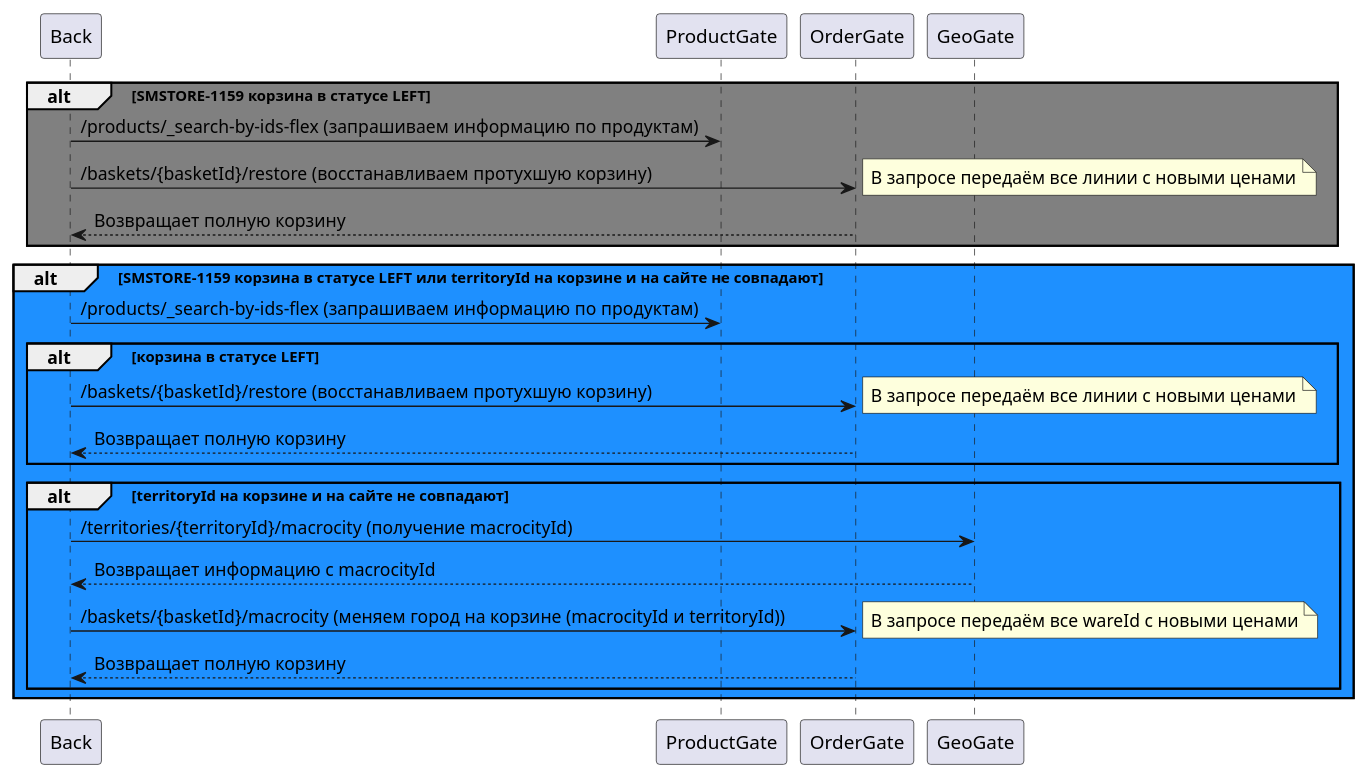
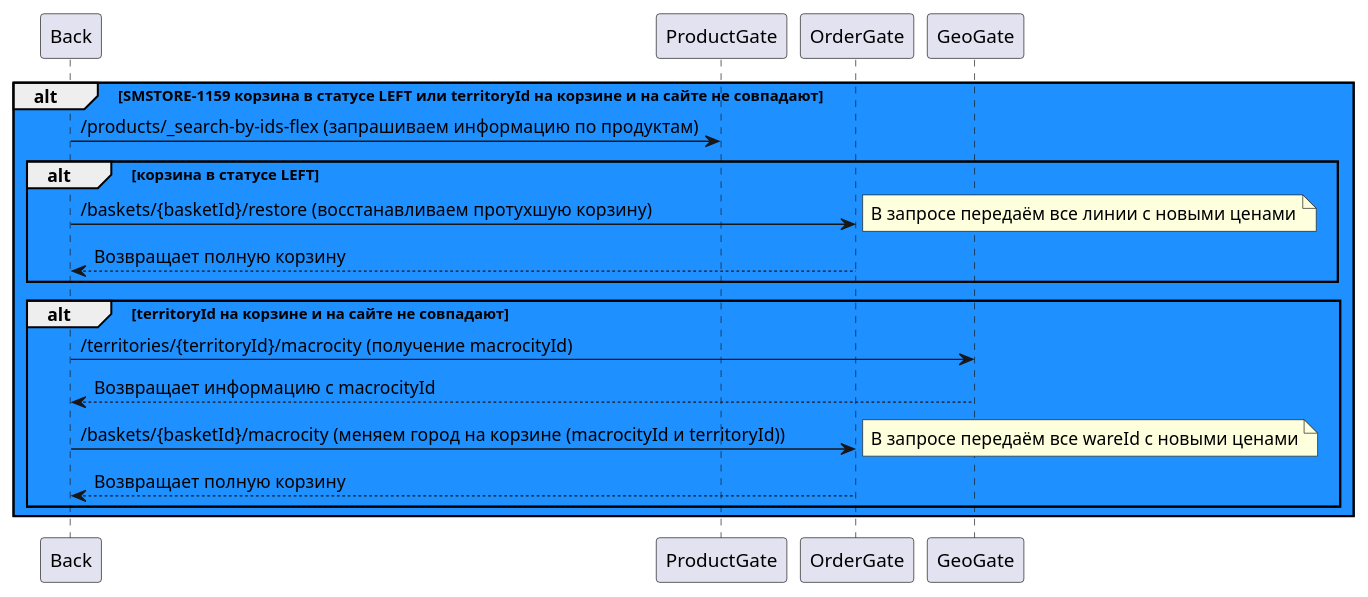
The diagram in cart/leftOrTerritory.puml (ViKt0R-K/plantuml), drawn with PlantUML before and after one commit.

```diff
--- a/cart/leftOrTerritory.puml
+++ b/cart/leftOrTerritory.puml
@@ -1,27 +1,19 @@
-alt #grey SMSTORE-1159 корзина в статусе LEFT
-	Back->ProductGate: /products/_search-by-ids-flex (запрашиваем информацию по продуктам)
-    	Back-> OrderGate: /baskets/{basketId}/restore (восстанавливаем протухшую корзину)
-	note right
-		В запросе передаём все линии с новыми ценами
-	endnote
-    	Back<--OrderGate: Возвращает полную корзину
-end
 alt #DodgerBlue SMSTORE-1159 корзина в статусе LEFT или territoryId на корзине и на сайте не совпадают
 	Back->ProductGate: /products/_search-by-ids-flex (запрашиваем информацию по продуктам)
 	alt #DodgerBlue корзина в статусе LEFT
     		Back-> OrderGate: /baskets/{basketId}/restore (восстанавливаем протухшую корзину)
 		note right
 			В запросе передаём все линии с новыми ценами
 		endnote
     		Back<--OrderGate: Возвращает полную корзину
 	end
 	alt #DodgerBlue territoryId на корзине и на сайте не совпадают
 		Back->GeoGate:/territories/{territoryId}/macrocity (получение macrocityId)
 		Back<--GeoGate: Возвращает информацию с macrocityId
 		Back-> OrderGate: /baskets/{basketId}/macrocity (меняем город на корзине (macrocityId и territoryId))
 		note right
 			В запросе передаём все wareId с новыми ценами
 		endnote
 	Back<--OrderGate: Возвращает полную корзину
 	end
 end
```
